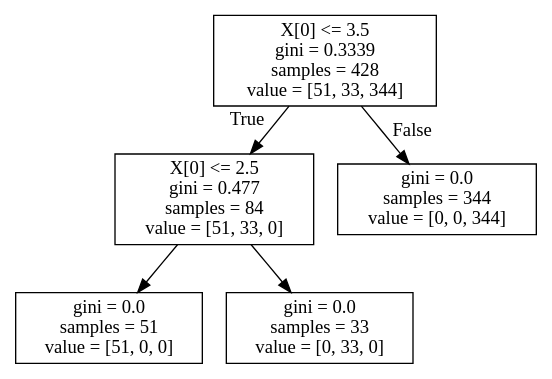
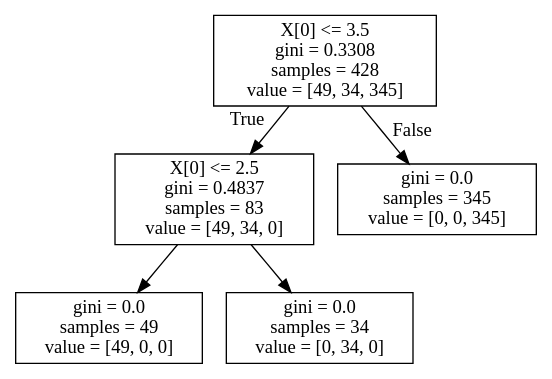
One commit to HenriqueVarellaEhrenfried/TopicosBD changed the diagram in Spark/Trabalho1-SemSpark/turistico.dot. Above: the diagram before and after it, drawn with Graphviz. The commit also changed 4 other files, not shown here.

```diff
--- a/Spark/Trabalho1-SemSpark/turistico.dot
+++ b/Spark/Trabalho1-SemSpark/turistico.dot
@@ -1,12 +1,12 @@
 digraph Tree {
 node [shape=box] ;
-0 [label="X[0] <= 3.5\ngini = 0.3339\nsamples = 428\nvalue = [51, 33, 344]"] ;
-1 [label="X[0] <= 2.5\ngini = 0.477\nsamples = 84\nvalue = [51, 33, 0]"] ;
+0 [label="X[0] <= 3.5\ngini = 0.3308\nsamples = 428\nvalue = [49, 34, 345]"] ;
+1 [label="X[0] <= 2.5\ngini = 0.4837\nsamples = 83\nvalue = [49, 34, 0]"] ;
 0 -> 1 [labeldistance=2.5, labelangle=45, headlabel="True"] ;
-2 [label="gini = 0.0\nsamples = 51\nvalue = [51, 0, 0]"] ;
+2 [label="gini = 0.0\nsamples = 49\nvalue = [49, 0, 0]"] ;
 1 -> 2 ;
-3 [label="gini = 0.0\nsamples = 33\nvalue = [0, 33, 0]"] ;
+3 [label="gini = 0.0\nsamples = 34\nvalue = [0, 34, 0]"] ;
 1 -> 3 ;
-4 [label="gini = 0.0\nsamples = 344\nvalue = [0, 0, 344]"] ;
+4 [label="gini = 0.0\nsamples = 345\nvalue = [0, 0, 345]"] ;
 0 -> 4 [labeldistance=2.5, labelangle=-45, headlabel="False"] ;
 }
```
